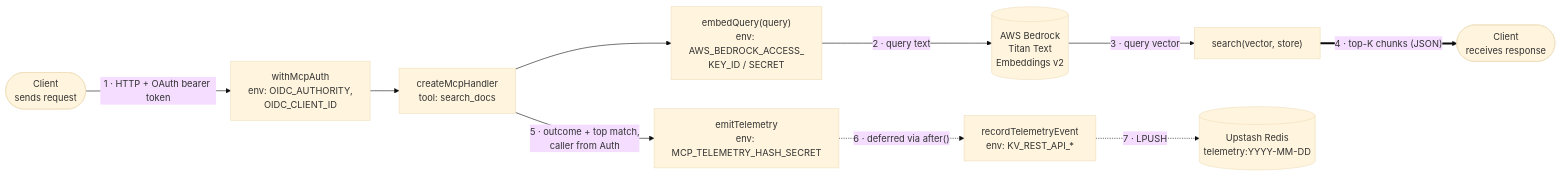
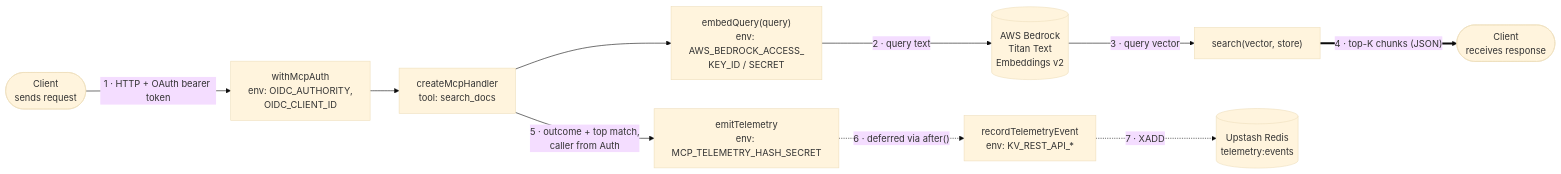
The first of 2 diagrams in docs/app/mcp/README.md (marigold-ui/marigold), drawn with Mermaid (base theme) before and after one commit. The commit also changed other lines of this file and 3 other files, not shown here.

````diff
--- a/docs/app/mcp/README.md
+++ b/docs/app/mcp/README.md
@@ -9,22 +9,22 @@
 ```mermaid
 flowchart LR
     ClientOut(["Client<br/>sends request"])
     Auth["withMcpAuth<br/>env: OIDC_AUTHORITY,<br/>OIDC_CLIENT_ID"]
     Handler["createMcpHandler<br/>tool: search_docs"]
     Embed["embedQuery(query)<br/>env: AWS_BEDROCK_ACCESS_<br/>KEY_ID / SECRET"]
     Bedrock[("AWS Bedrock<br/>Titan Text<br/>Embeddings v2")]
     Search["search(vector, store)"]
     ClientIn(["Client<br/>receives response"])
     Emit["emitTelemetry<br/>env: MCP_TELEMETRY_HASH_SECRET"]
     Record["recordTelemetryEvent<br/>env: KV_REST_API_*"]
-    Redis[("Upstash Redis<br/>telemetry:YYYY-MM-DD")]
+    Redis[("Upstash Redis<br/>telemetry:events")]
 
     ClientOut -- "1 · HTTP + OAuth bearer token" --> Auth
     Auth --> Handler --> Embed
     Embed -- "2 · query text" --> Bedrock
     Bedrock -- "3 · query vector" --> Search
     Search == "4 · top-K chunks (JSON)" ==> ClientIn
     Handler -- "5 · outcome + top match,<br/>caller from Auth" --> Emit
     Emit -. "6 · deferred via after()" .-> Record
-    Record -. "7 · LPUSH" .-> Redis
+    Record -. "7 · XADD" .-> Redis
 ```
````
